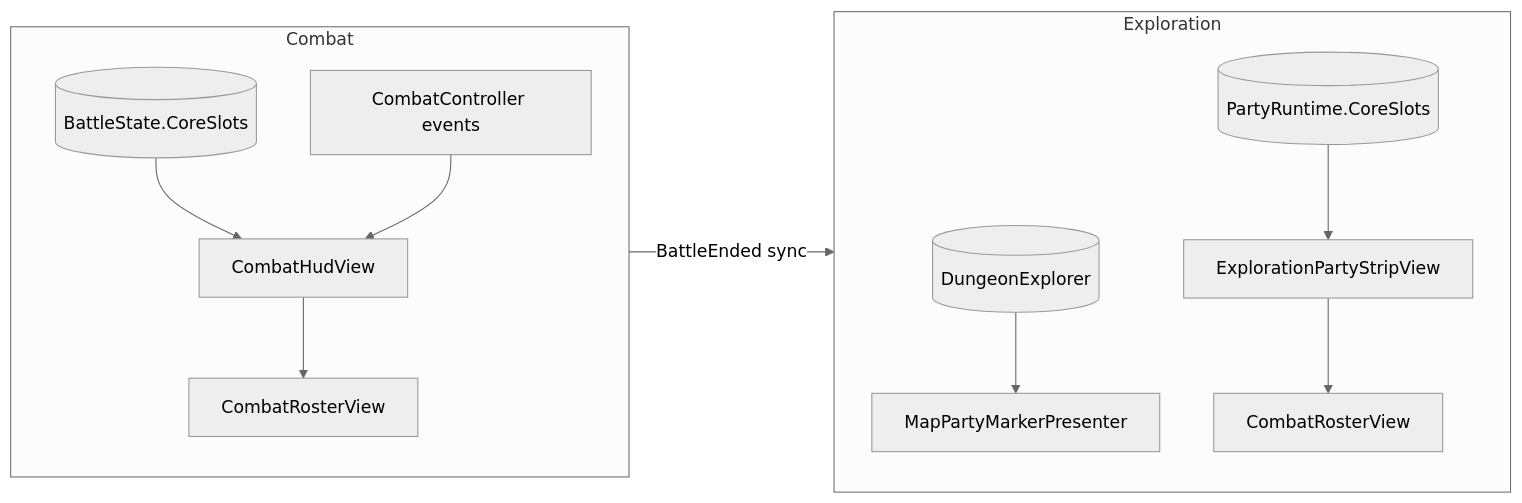
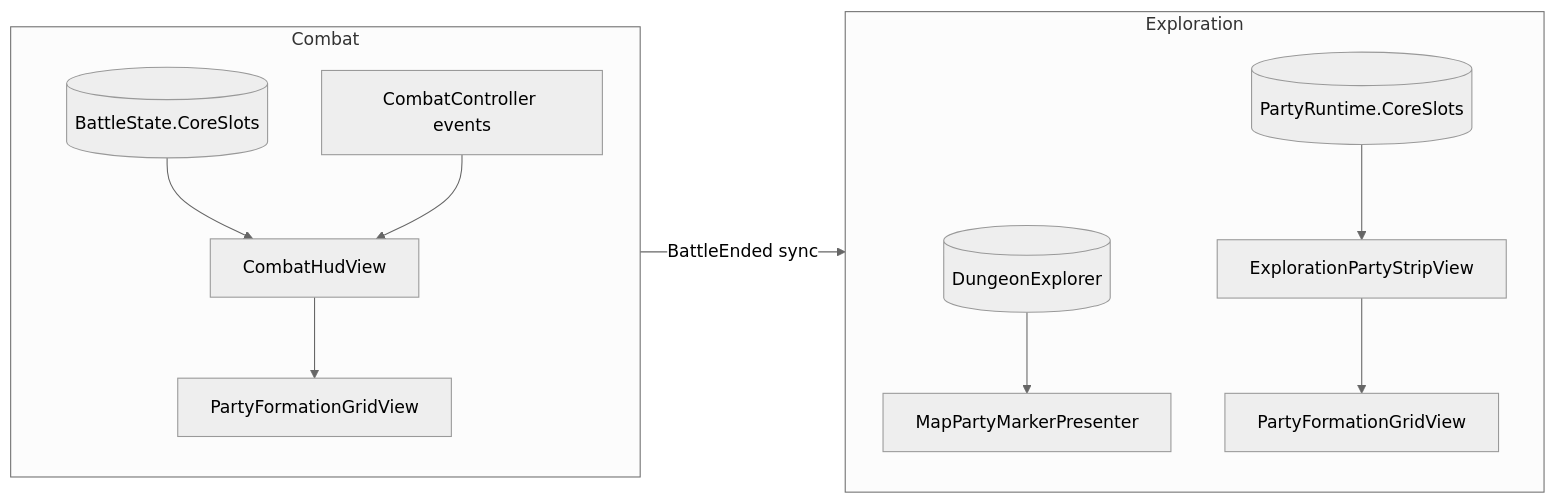
The first of 3 diagrams in docs/04-dev/custom-party-ui.md (miramocha/griddungeon-design-docs), drawn with Mermaid (neutral theme) before and after one commit. The commit also changed other lines of this file and 2 other files, not shown here.

First line of the commit message:
docs(ui): party formation floater and combat log layout

````diff
--- a/docs/04-dev/custom-party-ui.md
+++ b/docs/04-dev/custom-party-ui.md
@@ -23,20 +24,20 @@
 ```mermaid
 flowchart LR
   subgraph exploration [Exploration]
     PR[(PartyRuntime.CoreSlots)]
     DE[(DungeonExplorer)]
     PR --> strip[ExplorationPartyStripView]
     DE --> map[MapPartyMarkerPresenter]
-    strip --> CRVs[CombatRosterView]
+    strip --> PFGs[PartyFormationGridView]
   end
 
   subgraph combat [Combat]
     BS[(BattleState.CoreSlots)]
     CC[CombatController events]
     BS --> hud[CombatHudView]
     CC --> hud
-    hud --> CRVc[CombatRosterView]
+    hud --> PFGc[PartyFormationGridView]
   end
 
   combat -->|BattleEnded sync| exploration
 ```
````
